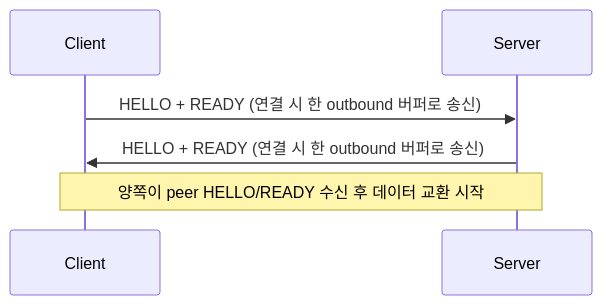
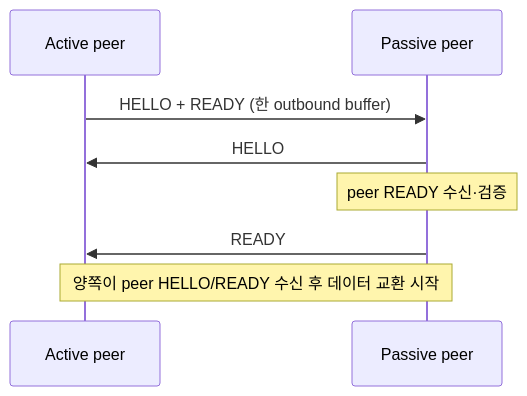
The first of 2 diagrams in core/doc/spec/core/protocol/01-zmp.ko.md (zlink-systems/zlink), drawn with Mermaid before and after one commit. The commit also changed other lines of this file and 37 other files, not shown here.

````diff
--- a/core/doc/spec/core/protocol/01-zmp.ko.md
+++ b/core/doc/spec/core/protocol/01-zmp.ko.md
@@ -76,9 +105,11 @@
 ```mermaid
 sequenceDiagram
-    participant C as Client
-    participant S as Server
+    participant A as Active peer
+    participant P as Passive peer
 
-    C->>S: HELLO + READY (연결 시 한 outbound 버퍼로 송신)
-    S->>C: HELLO + READY (연결 시 한 outbound 버퍼로 송신)
-    Note over C,S: 양쪽이 peer HELLO/READY 수신 후 데이터 교환 시작
+    A->>P: HELLO + READY (한 outbound buffer)
+    P->>A: HELLO
+    Note over P: peer READY 수신·검증
+    P->>A: READY
+    Note over A,P: 양쪽이 peer HELLO/READY 수신 후 데이터 교환 시작
 ```
````
